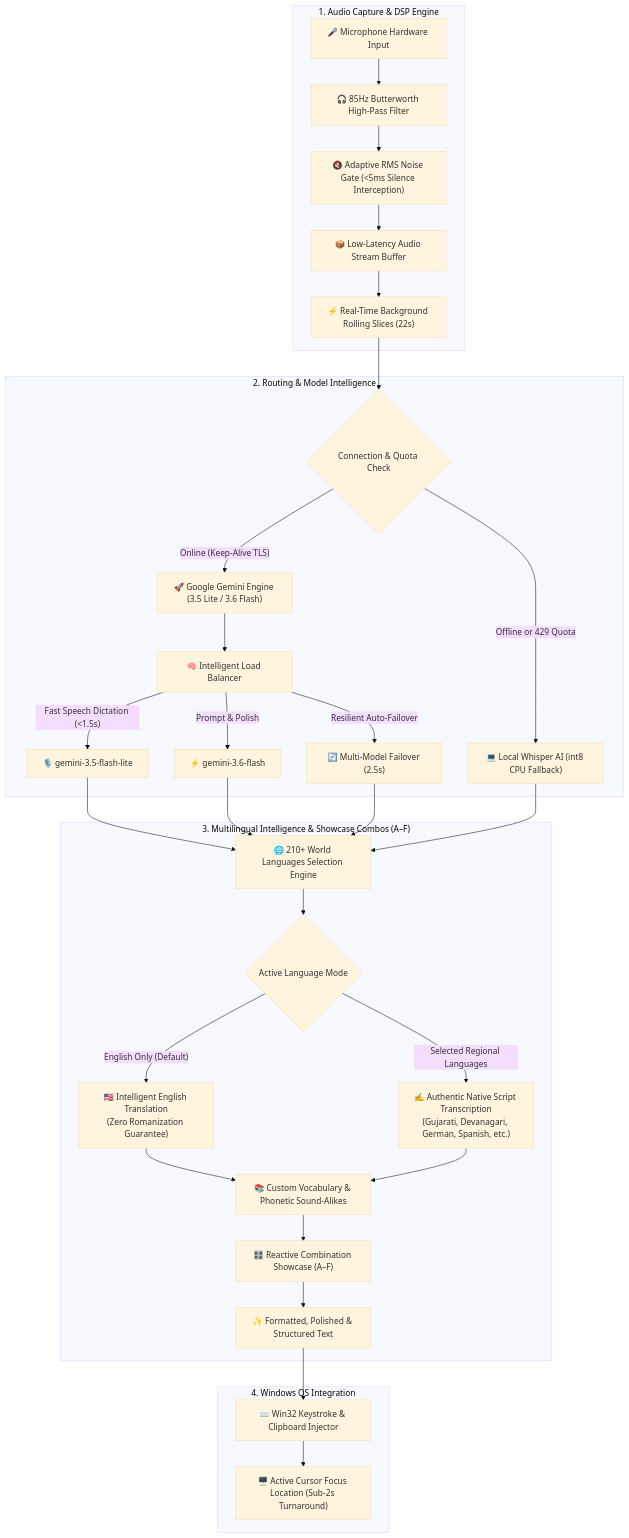
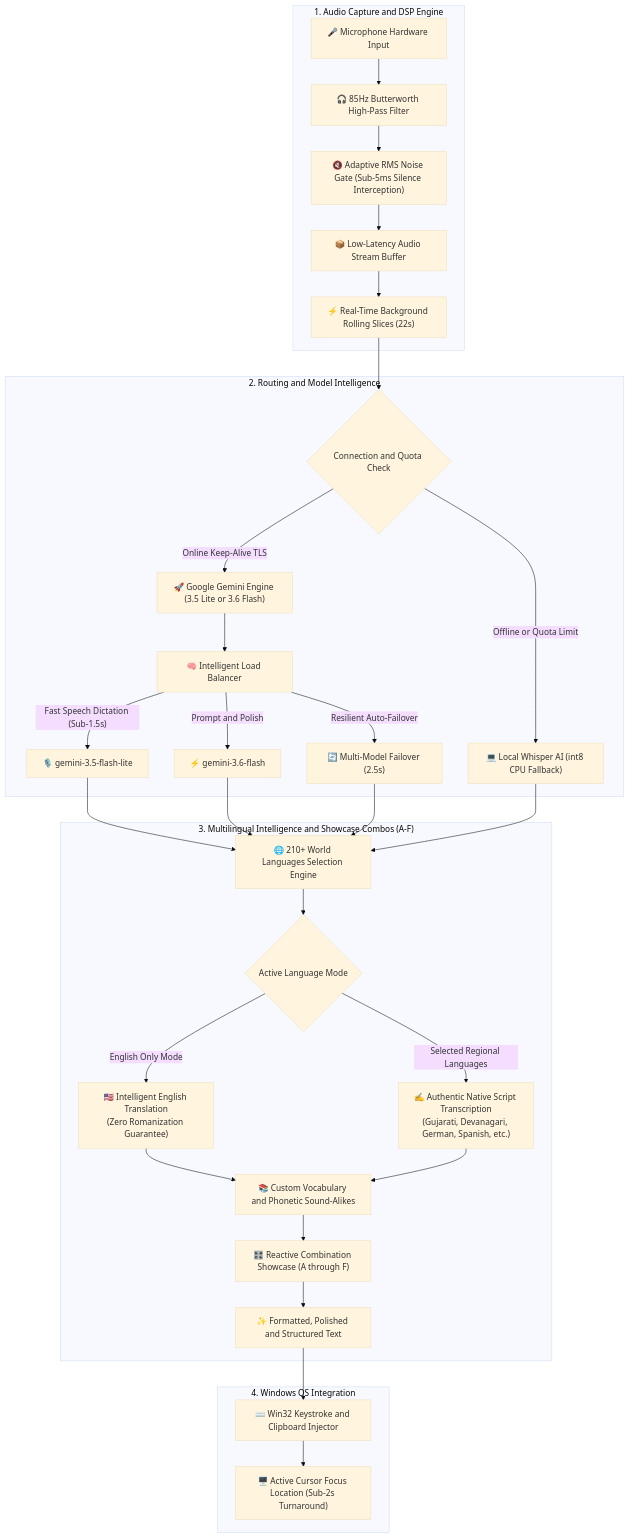
The diagram in README.md (SriniwasAwasthi/gemini-flow), drawn with Mermaid (base theme) before and after one commit. The commit also changed other lines of this file and 1 other file, not shown here.

Commit message:
docs: update History inspection showcase image and fix GitHub system architecture Mermaid syntax

````diff
--- a/README.md
+++ b/README.md
@@ -199,39 +204,39 @@
 ```mermaid
 flowchart TD
-    subgraph Audio ["1. Audio Capture & DSP Engine"]
+    subgraph Audio ["1. Audio Capture and DSP Engine"]
         A["🎤 Microphone Hardware Input"] --> B["🎧 85Hz Butterworth High-Pass Filter"]
-        B --> C["🔇 Adaptive RMS Noise Gate (<5ms Silence Interception)"]
+        B --> C["🔇 Adaptive RMS Noise Gate (Sub-5ms Silence Interception)"]
         C --> D["📦 Low-Latency Audio Stream Buffer"]
         D --> E["⚡ Real-Time Background Rolling Slices (22s)"]
     end
 
-    subgraph Routing ["2. Routing & Model Intelligence"]
-        E --> F{"Connection & Quota Check"}
-        F -->|"Online (Keep-Alive TLS)"| G["🚀 Google Gemini Engine (3.5 Lite / 3.6 Flash)"]
-        F -->|"Offline or 429 Quota"| H["💻 Local Whisper AI (int8 CPU Fallback)"]
+    subgraph Routing ["2. Routing and Model Intelligence"]
+        E --> F{"Connection and Quota Check"}
+        F -->|"Online Keep-Alive TLS"| G["🚀 Google Gemini Engine (3.5 Lite or 3.6 Flash)"]
+        F -->|"Offline or Quota Limit"| H["💻 Local Whisper AI (int8 CPU Fallback)"]
         
         G --> I["🧠 Intelligent Load Balancer"]
-        I -->|"Fast Speech Dictation (<1.5s)"| J["🎙️ gemini-3.5-flash-lite"]
-        I -->|"Prompt & Polish"| K["⚡ gemini-3.6-flash"]
+        I -->|"Fast Speech Dictation (Sub-1.5s)"| J["🎙️ gemini-3.5-flash-lite"]
+        I -->|"Prompt and Polish"| K["⚡ gemini-3.6-flash"]
         I -->|"Resilient Auto-Failover"| L["🔄 Multi-Model Failover (2.5s)"]
     end
 
-    subgraph Intelligence ["3. Multilingual Intelligence & Showcase Combos (A–F)"]
+    subgraph Intelligence ["3. Multilingual Intelligence and Showcase Combos (A-F)"]
         J --> M["🌐 210+ World Languages Selection Engine"]
         K --> M
         L --> M
         H --> M
         M --> N{"Active Language Mode"}
-        N -->|"English Only (Default)"| O1["🇺🇸 Intelligent English Translation\n(Zero Romanization Guarantee)"]
-        N -->|"Selected Regional Languages"| O2["✍️ Authentic Native Script Transcription\n(Gujarati, Devanagari, German, Spanish, etc.)"]
-        O1 --> P["📚 Custom Vocabulary & Phonetic Sound-Alikes"]
+        N -->|"English Only Mode"| O1["🇺🇸 Intelligent English Translation<br/>(Zero Romanization Guarantee)"]
+        N -->|"Selected Regional Languages"| O2["✍️ Authentic Native Script Transcription<br/>(Gujarati, Devanagari, German, Spanish, etc.)"]
+        O1 --> P["📚 Custom Vocabulary and Phonetic Sound-Alikes"]
         O2 --> P
-        P --> Q["🎛️ Reactive Combination Showcase (A–F)"]
-        Q --> R["✨ Formatted, Polished & Structured Text"]
+        P --> Q["🎛️ Reactive Combination Showcase (A through F)"]
+        Q --> R["✨ Formatted, Polished and Structured Text"]
     end
 
     subgraph Injection ["4. Windows OS Integration"]
-        R --> S["⌨️ Win32 Keystroke & Clipboard Injector"]
+        R --> S["⌨️ Win32 Keystroke and Clipboard Injector"]
         S --> T["🖥️ Active Cursor Focus Location (Sub-2s Turnaround)"]
     end
 ```
````
